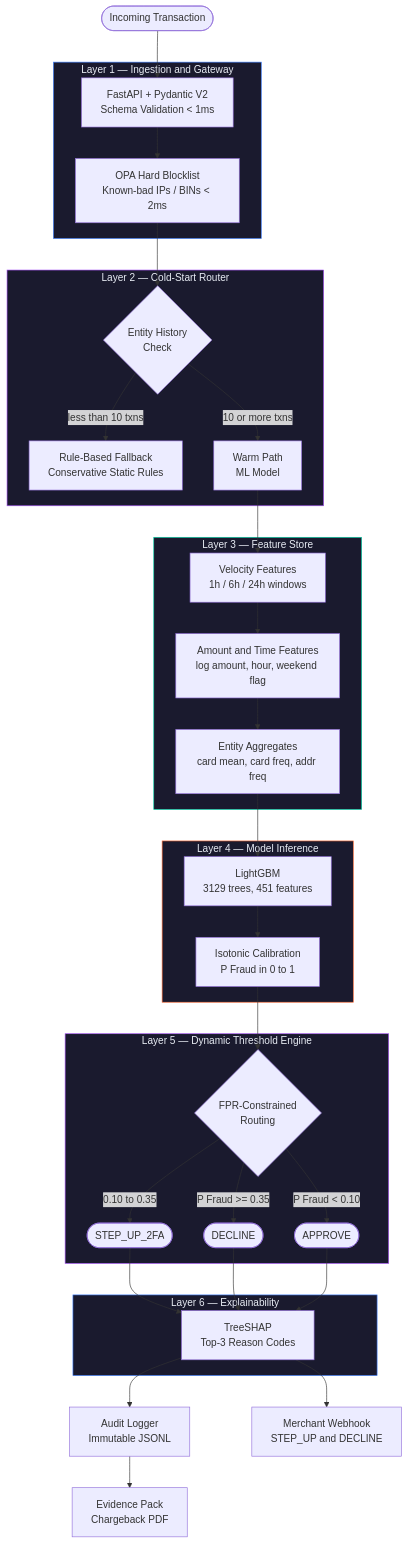
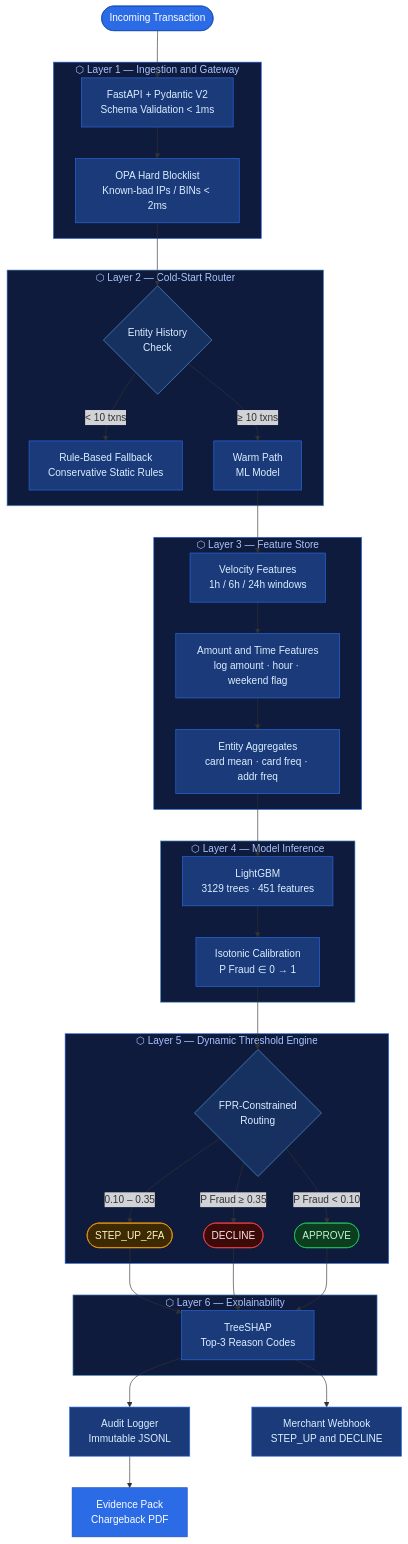
One commit to IshanGain/razorpay-ai-risk-manager changed the first of 4 diagrams in README.md. Above: the diagram before and after it, drawn with Mermaid. The commit also changed other lines of this file, not shown here.

````diff
--- a/README.md
+++ b/README.md
@@ -57,52 +80,71 @@
 ```mermaid
 flowchart TD
     A([Incoming Transaction]) --> B
 
-    subgraph INGESTION ["Layer 1 — Ingestion and Gateway"]
+    subgraph INGESTION ["⬡  Layer 1 — Ingestion and Gateway"]
         B[FastAPI + Pydantic V2\nSchema Validation < 1ms]
         B --> C[OPA Hard Blocklist\nKnown-bad IPs / BINs < 2ms]
     end
 
     C --> D
 
-    subgraph ROUTER ["Layer 2 — Cold-Start Router"]
+    subgraph ROUTER ["⬡  Layer 2 — Cold-Start Router"]
         D{Entity History\nCheck}
-        D -- "less than 10 txns" --> E[Rule-Based Fallback\nConservative Static Rules]
-        D -- "10 or more txns" --> F[Warm Path\nML Model]
+        D -- "< 10 txns" --> E[Rule-Based Fallback\nConservative Static Rules]
+        D -- "≥ 10 txns" --> F[Warm Path\nML Model]
     end
 
-    subgraph FEATURES ["Layer 3 — Feature Store"]
+    subgraph FEATURES ["⬡  Layer 3 — Feature Store"]
         F --> G[Velocity Features\n1h / 6h / 24h windows]
-        G --> H[Amount and Time Features\nlog amount, hour, weekend flag]
-        H --> I[Entity Aggregates\ncard mean, card freq, addr freq]
+        G --> H[Amount and Time Features\nlog amount · hour · weekend flag]
+        H --> I[Entity Aggregates\ncard mean · card freq · addr freq]
     end
 
-    subgraph MODEL ["Layer 4 — Model Inference"]
-        I --> J[LightGBM\n3129 trees, 451 features]
-        J --> K[Isotonic Calibration\nP Fraud in 0 to 1]
+    subgraph MODEL ["⬡  Layer 4 — Model Inference"]
+        I --> J[LightGBM\n3129 trees · 451 features]
+        J --> K[Isotonic Calibration\nP Fraud ∈ 0 → 1]
     end
 
-    subgraph THRESHOLD ["Layer 5 — Dynamic Threshold Engine"]
+    subgraph THRESHOLD ["⬡  Layer 5 — Dynamic Threshold Engine"]
         K --> L{FPR-Constrained\nRouting}
         L -- "P Fraud < 0.10" --> M([APPROVE])
-        L -- "0.10 to 0.35" --> N([STEP_UP_2FA])
-        L -- "P Fraud >= 0.35" --> O([DECLINE])
+        L -- "0.10 – 0.35" --> N([STEP_UP_2FA])
+        L -- "P Fraud ≥ 0.35" --> O([DECLINE])
     end
 
-    subgraph EXPLAIN ["Layer 6 — Explainability"]
+    subgraph EXPLAIN ["⬡  Layer 6 — Explainability"]
         N --> P[TreeSHAP\nTop-3 Reason Codes]
         O --> P
         M --> P
     end
 
     P --> Q[Audit Logger\nImmutable JSONL]
     P --> R[Merchant Webhook\nSTEP_UP and DECLINE]
     Q --> S[Evidence Pack\nChargeback PDF]
 
-    style INGESTION fill:#1a1a2e,stroke:#3d7fff,color:#e8ecf4
-    style ROUTER fill:#1a1a2e,stroke:#a855f7,color:#e8ecf4
-    style FEATURES fill:#1a1a2e,stroke:#00d4aa,color:#e8ecf4
-    style MODEL fill:#1a1a2e,stroke:#ff6b35,color:#e8ecf4
-    style THRESHOLD fill:#1a1a2e,stroke:#a855f7,color:#e8ecf4
-    style EXPLAIN fill:#1a1a2e,stroke:#3d7fff,color:#e8ecf4
+    style A fill:#2B6BE6,stroke:#1a4fbb,color:#ffffff
+    style INGESTION fill:#0f1b3d,stroke:#2B6BE6,color:#a8c4ff
+    style ROUTER fill:#0f1b3d,stroke:#5B9BD5,color:#a8c4ff
+    style FEATURES fill:#0f1b3d,stroke:#2B6BE6,color:#a8c4ff
+    style MODEL fill:#0f1b3d,stroke:#5B9BD5,color:#a8c4ff
+    style THRESHOLD fill:#0f1b3d,stroke:#2B6BE6,color:#a8c4ff
+    style EXPLAIN fill:#0f1b3d,stroke:#5B9BD5,color:#a8c4ff
+    style B fill:#1a3a7a,stroke:#2B6BE6,color:#ddeeff
+    style C fill:#1a3a7a,stroke:#2B6BE6,color:#ddeeff
+    style D fill:#163060,stroke:#5B9BD5,color:#ddeeff
+    style E fill:#1a3a7a,stroke:#2B6BE6,color:#ddeeff
+    style F fill:#1a3a7a,stroke:#2B6BE6,color:#ddeeff
+    style G fill:#1a3a7a,stroke:#2B6BE6,color:#ddeeff
+    style H fill:#1a3a7a,stroke:#2B6BE6,color:#ddeeff
+    style I fill:#1a3a7a,stroke:#2B6BE6,color:#ddeeff
+    style J fill:#1a3a7a,stroke:#2B6BE6,color:#ddeeff
+    style K fill:#1a3a7a,stroke:#2B6BE6,color:#ddeeff
+    style L fill:#163060,stroke:#5B9BD5,color:#ddeeff
+    style M fill:#0d3d1f,stroke:#22c55e,color:#bbf7d0
+    style N fill:#3d2a00,stroke:#f59e0b,color:#fef3c7
+    style O fill:#3d0a0a,stroke:#ef4444,color:#fee2e2
+    style P fill:#1a3a7a,stroke:#2B6BE6,color:#ddeeff
+    style Q fill:#1a3a7a,stroke:#2B6BE6,color:#ddeeff
+    style R fill:#1a3a7a,stroke:#2B6BE6,color:#ddeeff
+    style S fill:#2B6BE6,stroke:#1a4fbb,color:#ffffff
 ```
````
